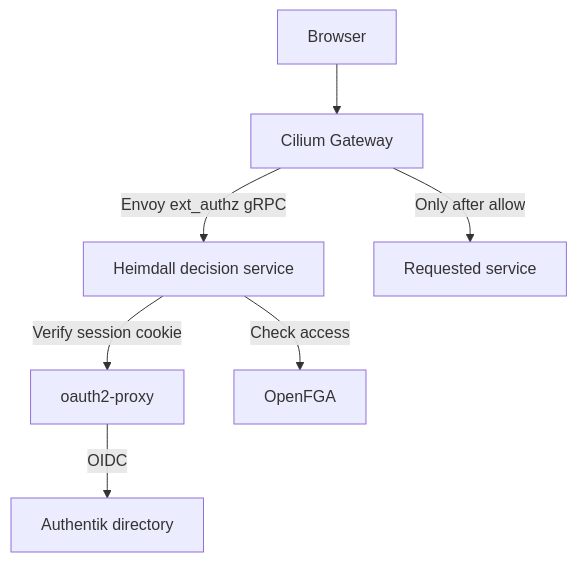
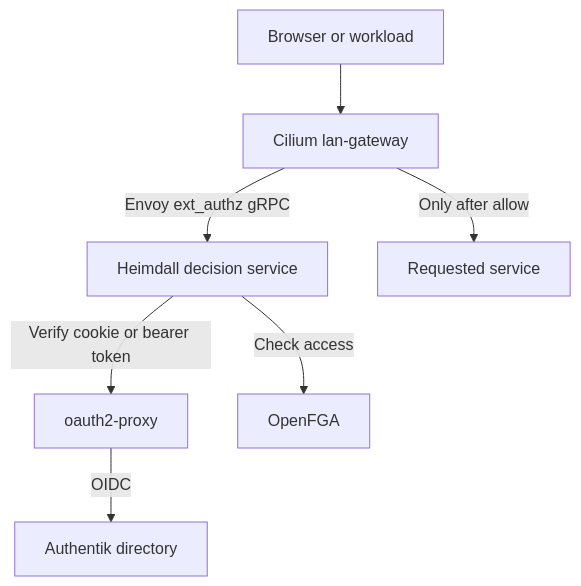
Before and after one commit to Sebastian-Nowaczyk-Elektrorecykling/elektrokube-sso: the diagram in README.md, drawn with Mermaid. The commit also changed other lines of this file and 13 other files, not shown here.

Commit message:
feat: share LAN gateway and enable workload SSO

````diff
--- a/README.md
+++ b/README.md
@@ -8,9 +8,9 @@
 ```mermaid
 flowchart TD
-    Browser[Browser] --> Gateway[Cilium Gateway]
+    Browser[Browser or workload] --> Gateway[Cilium lan-gateway]
     Gateway -->|Envoy ext_authz gRPC| Heimdall[Heimdall decision service]
-    Heimdall -->|Verify session cookie| OAuth[oauth2-proxy]
+    Heimdall -->|Verify cookie or bearer token| OAuth[oauth2-proxy]
     OAuth -->|OIDC| Authentik[Authentik directory]
     Heimdall -->|Check access| FGA[OpenFGA]
     Gateway -->|Only after allow| Service[Requested service]
 ```
````
